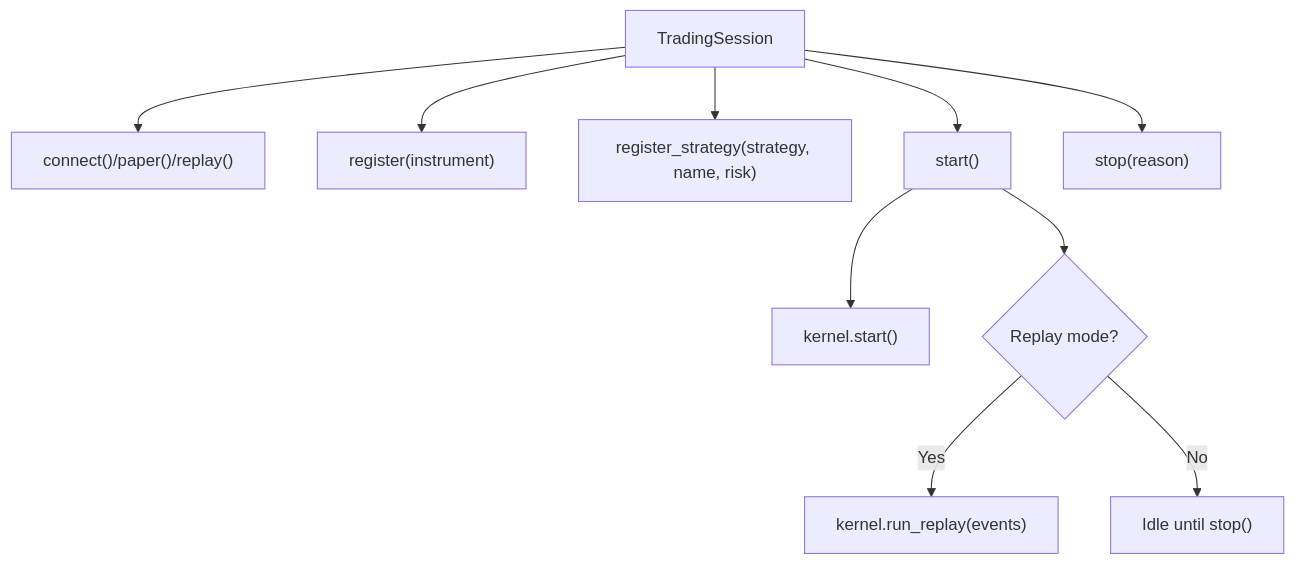
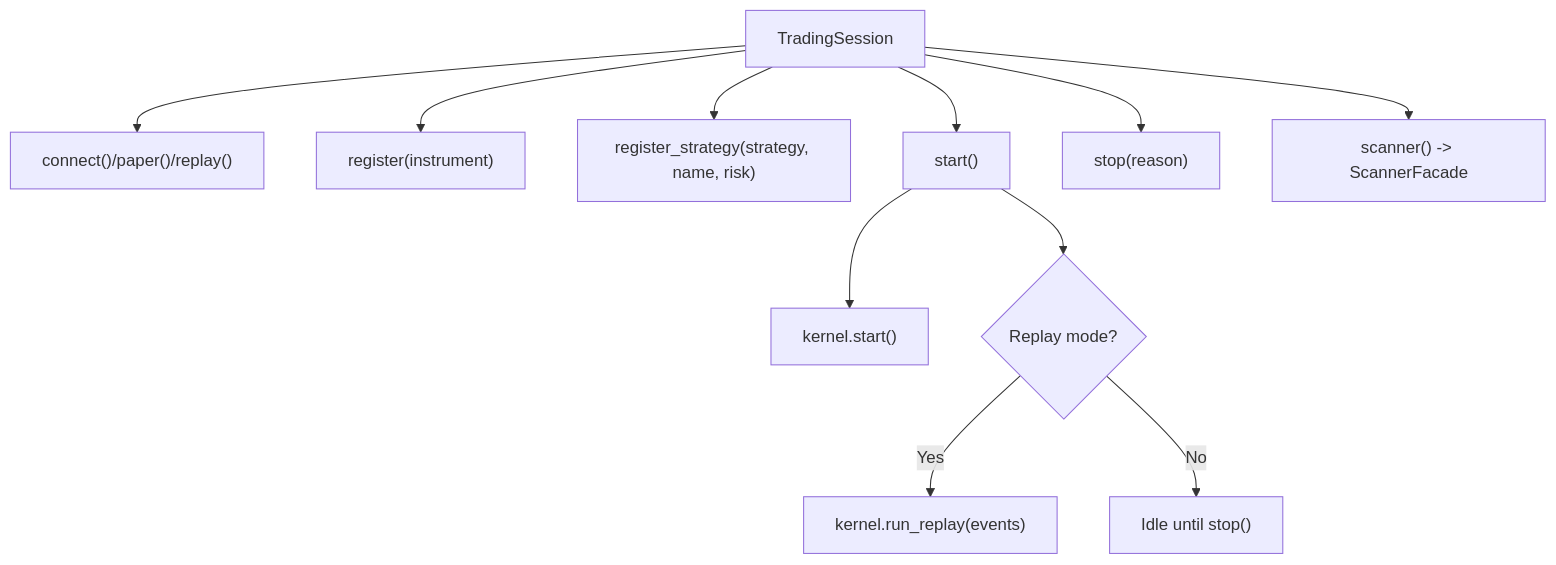
Before and after one commit to Ganesh-Kusundal/nTrade: the tenth of 11 diagrams in .qoder/repowiki/en/content/Engine Stack/Strategy Engine.md, drawn with Mermaid. The commit also changed other lines of this file and 331 other files, not shown here.

````diff
--- a/.qoder/repowiki/en/content/Engine Stack/Strategy Engine.md
+++ b/.qoder/repowiki/en/content/Engine Stack/Strategy Engine.md
@@ -391,12 +460,13 @@
 ```mermaid
 flowchart TD
 TS["TradingSession"] --> Connect["connect()/paper()/replay()"]
 TS --> RegisterInst["register(instrument)"]
 TS --> RegisterStrat["register_strategy(strategy, name, risk)"]
 TS --> Start["start()"]
 Start --> KernelStart["kernel.start()"]
 Start --> ReplayRun{"Replay mode?"}
 ReplayRun --> |Yes| RunReplay["kernel.run_replay(events)"]
 ReplayRun --> |No| Idle["Idle until stop()"]
 TS --> Stop["stop(reason)"]
+TS --> ScannerAccess["scanner() -> ScannerFacade"]
 ```
````
